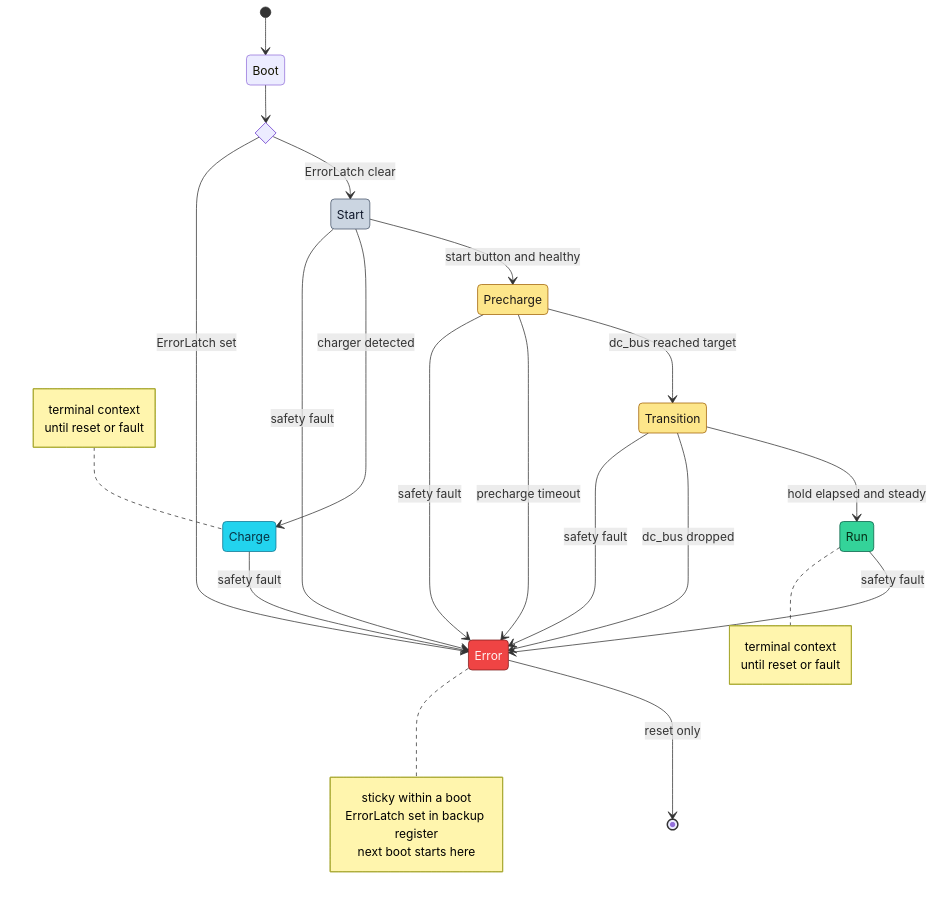
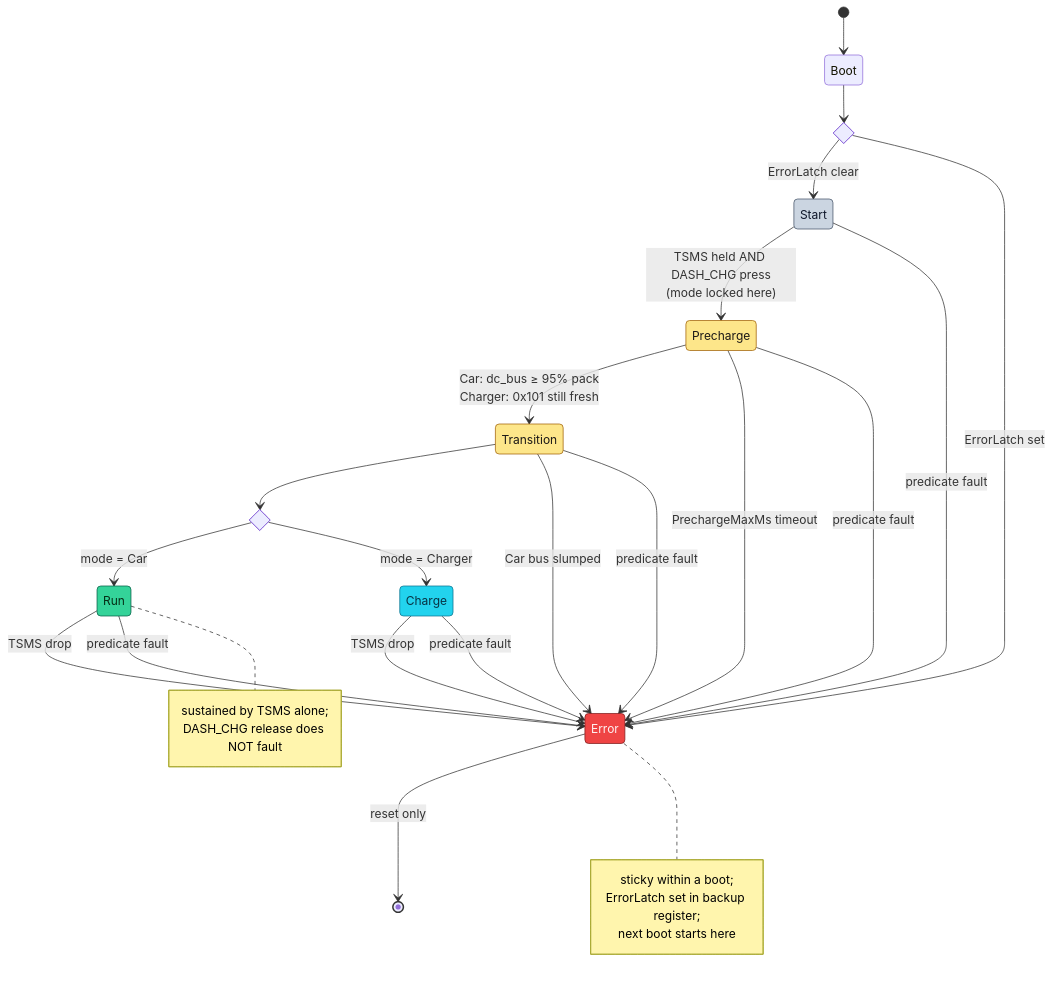
The third of 4 diagrams in docs/ARCHITECTURE.md (isc-fs/IFS08-CE-AMS), drawn with Mermaid before and after one commit. The commit also changed other lines of this file and 5 other files, not shown here.

First line of the commit message:
docs: apply the edits to existing files (ARCHITECTURE/README/etc.)

````diff
--- a/docs/ARCHITECTURE.md
+++ b/docs/ARCHITECTURE.md
@@ -343,54 +396,54 @@
 ```mermaid
 stateDiagram-v2
     [*] --> Boot
 
     state boot_check <<choice>>
     Boot --> boot_check
     boot_check --> Start : ErrorLatch clear
     boot_check --> Error : ErrorLatch set
 
-    Start --> Precharge  : start button and healthy
-    Start --> Charge     : charger detected
+    Start --> Precharge : TSMS held AND DASH_CHG press<br/>(mode locked here)
 
-    Precharge --> Transition : dc_bus reached target
-    Precharge --> Error      : precharge timeout
+    Precharge --> Transition : Car: dc_bus ≥ 95% pack<br/>Charger: 0x101 still fresh
+    Precharge --> Error      : PrechargeMaxMs timeout
 
-    Transition --> Run   : hold elapsed and steady
-    Transition --> Error : dc_bus dropped
+    state mode_split <<choice>>
+    Transition --> mode_split
+    mode_split --> Run    : mode = Car
+    mode_split --> Charge : mode = Charger
+    Transition --> Error  : Car bus slumped
 
-    Start      --> Error : safety fault
-    Precharge  --> Error : safety fault
-    Transition --> Error : safety fault
-    Run        --> Error : safety fault
-    Charge     --> Error : safety fault
+    Run    --> Error : TSMS drop
+    Charge --> Error : TSMS drop
+
+    Start      --> Error : predicate fault
+    Precharge  --> Error : predicate fault
+    Transition --> Error : predicate fault
+    Run        --> Error : predicate fault
+    Charge     --> Error : predicate fault
 
     Error --> [*] : reset only
 
     note right of Run
-        terminal context
-        until reset or fault
-    end note
-
-    note left of Charge
-        terminal context
-        until reset or fault
+        sustained by TSMS alone;
+        DASH_CHG release does NOT fault
     end note
 
     note right of Error
-        sticky within a boot
-        ErrorLatch set in backup register
+        sticky within a boot;
+        ErrorLatch set in backup register;
         next boot starts here
     end note
 
     classDef idle    fill:#cbd5e1,stroke:#475569,color:#0f172a
     classDef bring   fill:#fde68a,stroke:#a16207,color:#1c1917
     classDef live    fill:#34d399,stroke:#065f46,color:#052e16
     classDef chg     fill:#22d3ee,stroke:#0e7490,color:#083344
     classDef fault   fill:#ef4444,stroke:#7f1d1d,color:#fef2f2
 
     class Start idle
     class Precharge,Transition bring
     class Run live
     class Charge chg
     class Error fault
 ```
````
